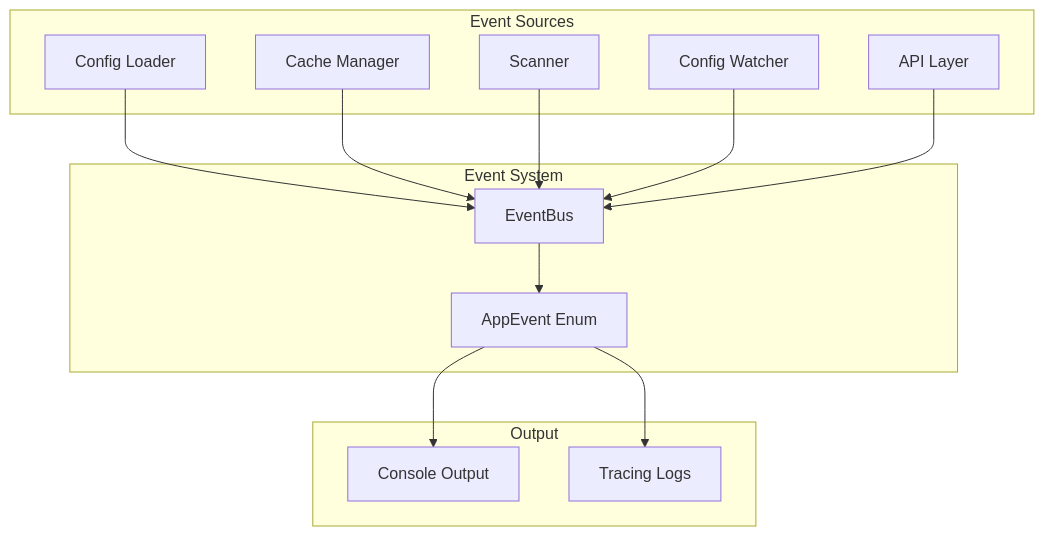
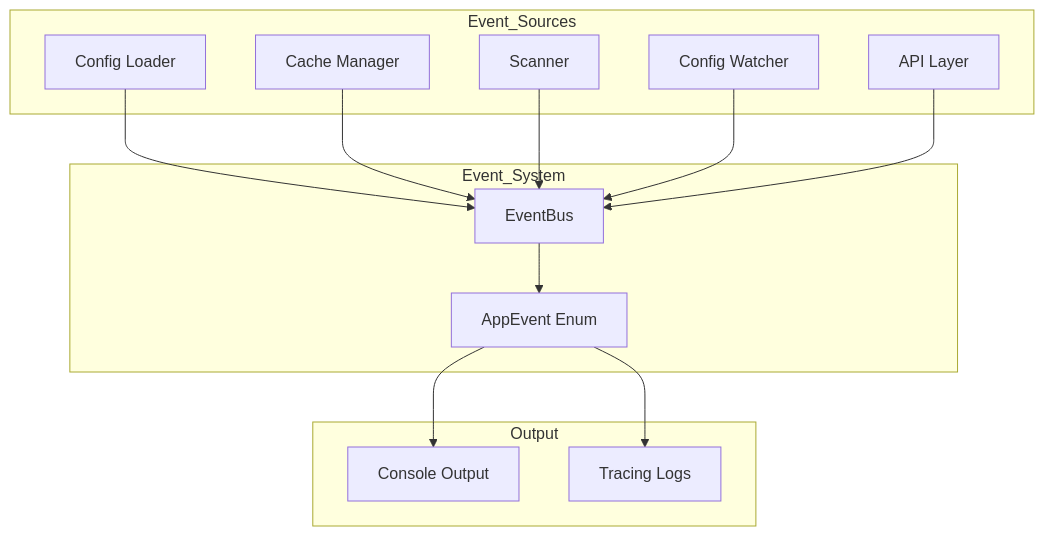
The first of 2 diagrams in crates/events/docs/architecture.md (Lighty-Launcher/LightyUpdater), drawn with Mermaid before and after one commit. The commit also changed 31 other files, not shown here.

Commit message:
edit mermaid in docs

````diff
--- a/crates/events/docs/architecture.md
+++ b/crates/events/docs/architecture.md
@@ -5,30 +5,30 @@
 ```mermaid
 graph TB
-    subgraph "Event System"
+    subgraph Event_System
         EventBus[EventBus]
         AppEvent[AppEvent Enum]
     end
 
-    subgraph "Event Sources"
+    subgraph Event_Sources
         Config[Config Loader]
         Cache[Cache Manager]
         Scanner[Scanner]
         Watcher[Config Watcher]
         API[API Layer]
     end
 
-    subgraph "Output"
+    subgraph Output
         Console[Console Output]
         Logs[Tracing Logs]
     end
 
     Config --> EventBus
     Cache --> EventBus
     Scanner --> EventBus
     Watcher --> EventBus
     API --> EventBus
 
     EventBus --> AppEvent
     AppEvent --> Console
     AppEvent --> Logs
 ```
````
